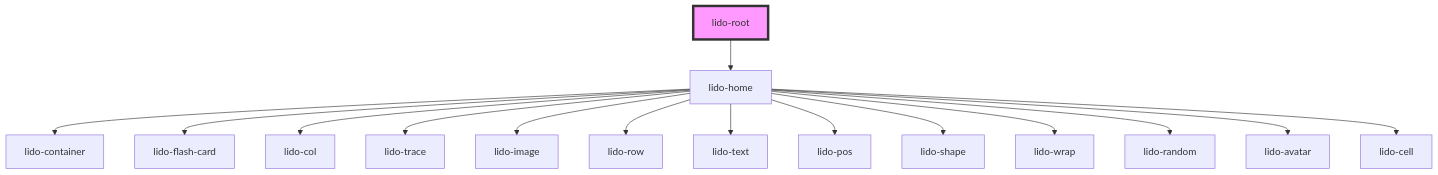
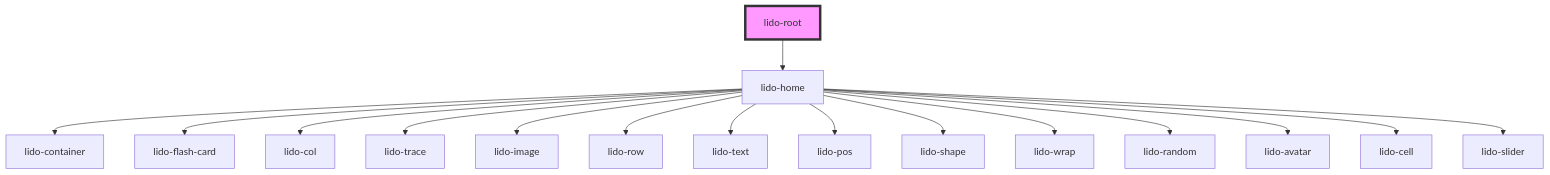
The diagram in src/components/root/readme.md (chimple/lido-player), drawn with Mermaid before and after one commit. The commit also changed 6 other files, not shown here.

Commit message:
Added slider support for lido-player

````diff
--- a/src/components/root/readme.md
+++ b/src/components/root/readme.md
@@ -25,18 +25,19 @@
 ```mermaid
 graph TD;
   lido-root --> lido-home
   lido-home --> lido-container
   lido-home --> lido-flash-card
   lido-home --> lido-col
   lido-home --> lido-trace
   lido-home --> lido-image
   lido-home --> lido-row
   lido-home --> lido-text
   lido-home --> lido-pos
   lido-home --> lido-shape
   lido-home --> lido-wrap
   lido-home --> lido-random
   lido-home --> lido-avatar
   lido-home --> lido-cell
+  lido-home --> lido-slider
   style lido-root fill:#f9f,stroke:#333,stroke-width:4px
 ```
````
